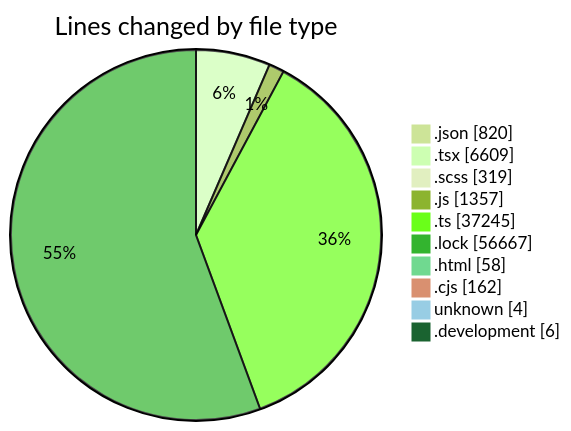
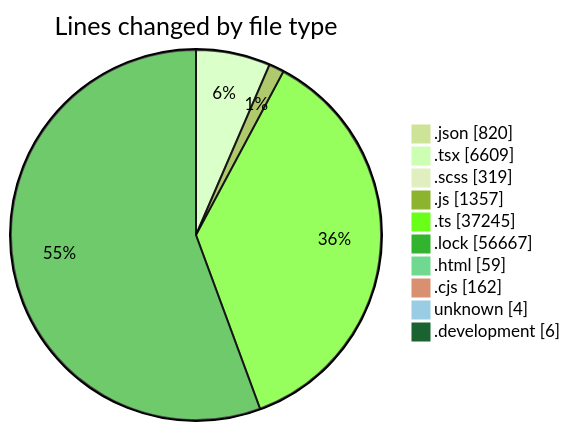
Before and after one commit to momahboobian/code-tracking: the first of 2 diagrams in 2026-09-03/cda/README.md, drawn with Mermaid (forest theme). The commit also changed other lines of this file and 1 other file, not shown here.

````diff
--- a/2026-09-03/cda/README.md
+++ b/2026-09-03/cda/README.md
@@ -96,14 +96,14 @@
 ```mermaid
 pie showData
 title Lines changed by file type
 ".json" : 820
 ".tsx" : 6609
 ".scss" : 319
 ".js" : 1357
 ".ts" : 37245
 ".lock" : 56667
-".html" : 58
+".html" : 59
 ".cjs" : 162
 "unknown" : 4
 ".development" : 6
 ```
````
